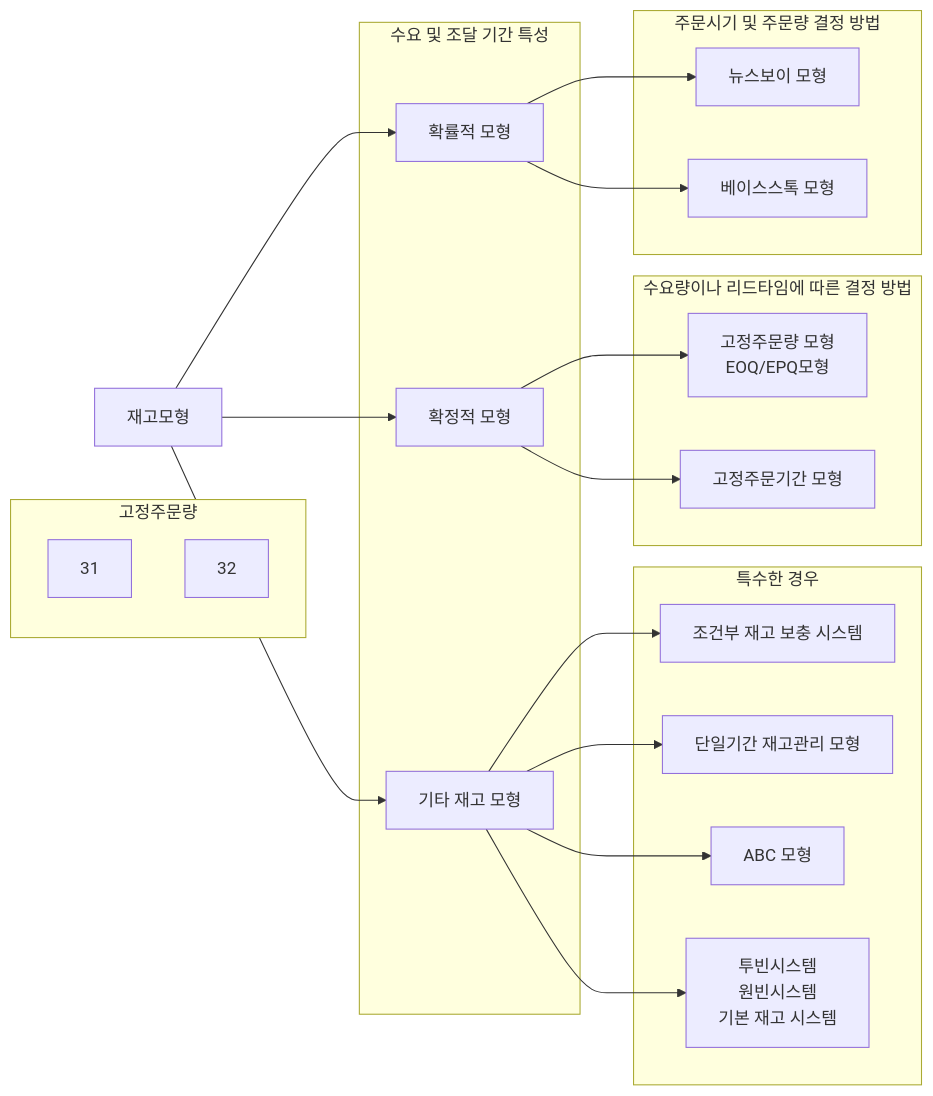
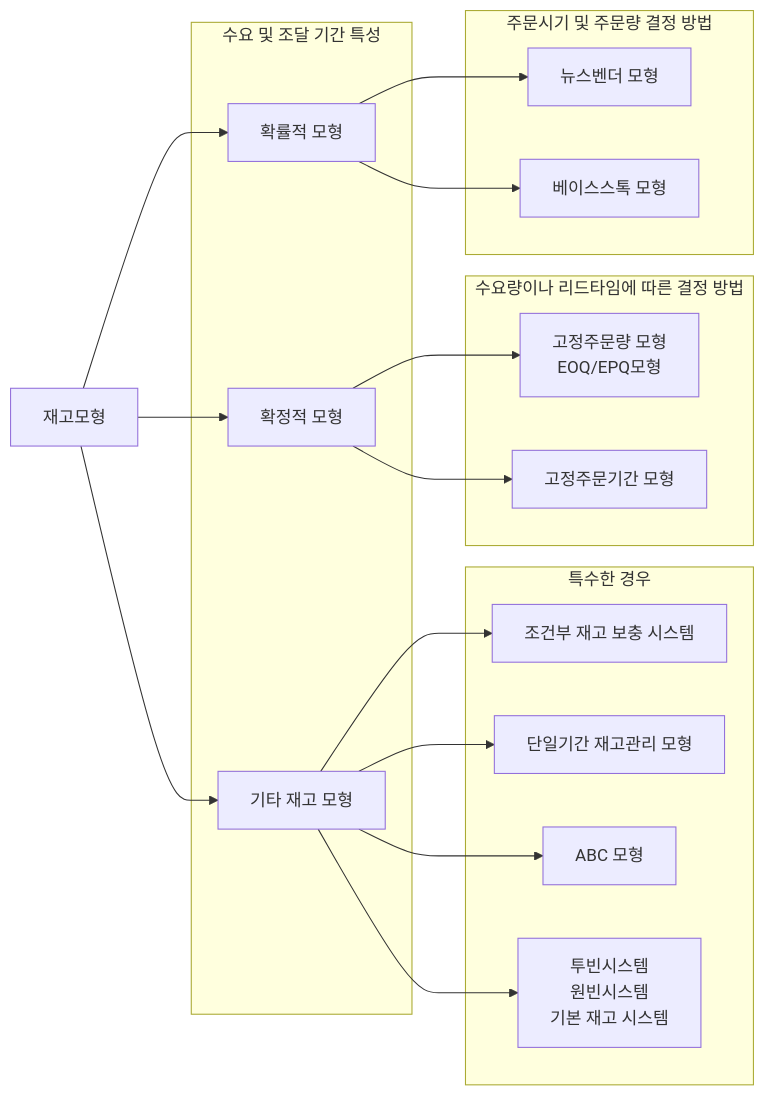
One commit to yeonkyupark/pepc2e changed the fourth of 5 diagrams in 0401재고관리.qmd. Above: the diagram before and after it, drawn with Mermaid. The commit also changed other lines of this file, not shown here.

````diff
--- a/0401재고관리.qmd
+++ b/0401재고관리.qmd
@@ -198,49 +198,44 @@
 ```{mermaid}
 %%| fig-cap: "재고관리 모형 유형"
 
 flowchart LR
 
 0[재고모형]
 11[확정적 모형]
 12[확률적 모형]
 13[기타 재고 모형]
 21[고정주문량 모형<br>EOQ/EPQ모형]
 22[고정주문기간 모형]
 23[조건부 재고 보충 시스템]
 24[단일기간 재고관리 모형]
 25[ABC 모형]
 26["투빈시스템<br>원빈시스템<br>기본 재고 시스템"]
 
 subgraph s4[특수한 경우]
 23
 24
 25
 26
 end
 
 subgraph s1[수요 및 조달 기간 특성]
 11
 12
 13
 end
 
 subgraph s2[수요량이나 리드타임에 따른 결정 방법]
 21
 22
 end
 
 subgraph s21[주문시기 및 주문량 결정 방법]
-211[뉴스보이 모형]
+211[뉴스벤더 모형]
 212[베이스스톡 모형]
-end
-
-subgraph s3[고정주문량]
-31
-32
 end
 
 0 --> 11 & 12 & 13
 11 --> 21 & 22
 12 --> 211 & 212
 13 --> 23 & 24 & 25 & 26
 ```
````
